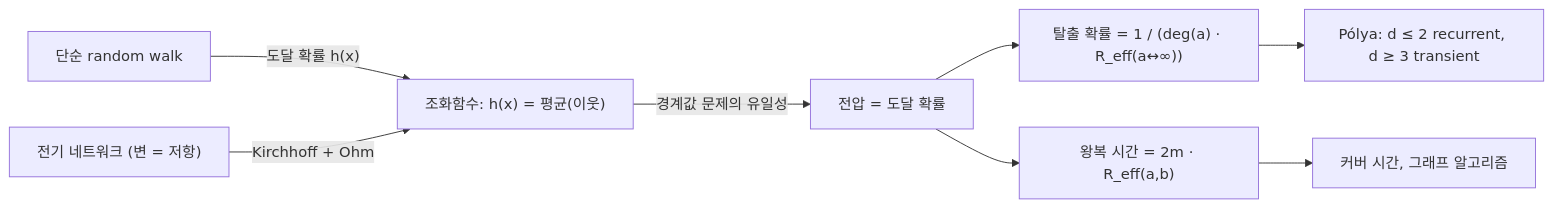
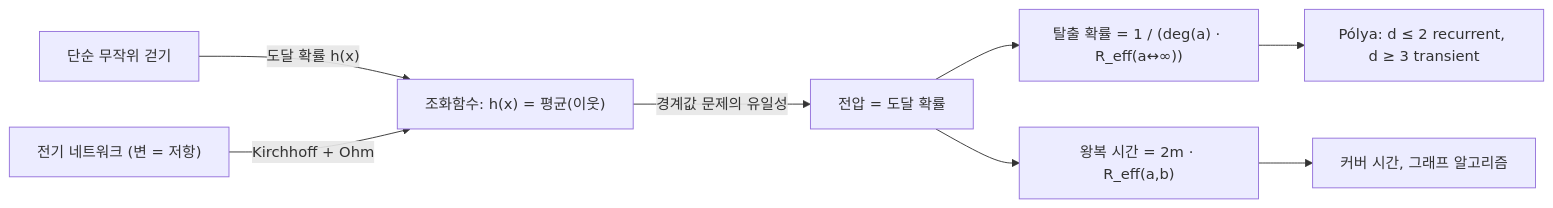
Before and after one commit to Phryxia/math-map: the diagram in docs/random-walks.md, drawn with Mermaid. The commit also changed other lines of this file and 15 other files, not shown here.

First line of the commit message:
settle on 무작위 걷기 for random walk and narrow the random-walks title

````diff
--- a/docs/random-walks.md
+++ b/docs/random-walks.md
@@ -19,10 +19,10 @@
 ```mermaid
 graph LR
-  RW["단순 random walk"] -->|"도달 확률 h(x)"| HARM["조화함수: h(x) = 평균(이웃)"]
+  RW["단순 무작위 걷기"] -->|"도달 확률 h(x)"| HARM["조화함수: h(x) = 평균(이웃)"]
   NET["전기 네트워크 (변 = 저항)"] -->|"Kirchhoff + Ohm"| HARM
   HARM -->|"경계값 문제의 유일성"| CORR["전압 = 도달 확률"]
   CORR --> ESC["탈출 확률 = 1 / (deg(a) · R_eff(a↔∞))"]
   CORR --> COM["왕복 시간 = 2m · R_eff(a,b)"]
   ESC --> POLYA["Pólya: d ≤ 2 recurrent, d ≥ 3 transient"]
   COM --> ALG["커버 시간, 그래프 알고리즘"]
 ```
````
